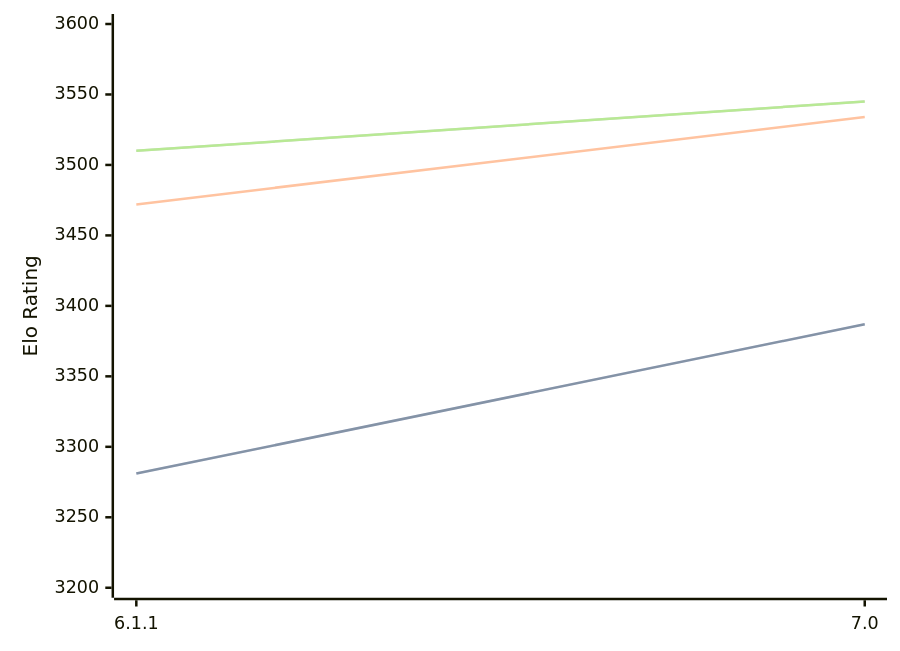
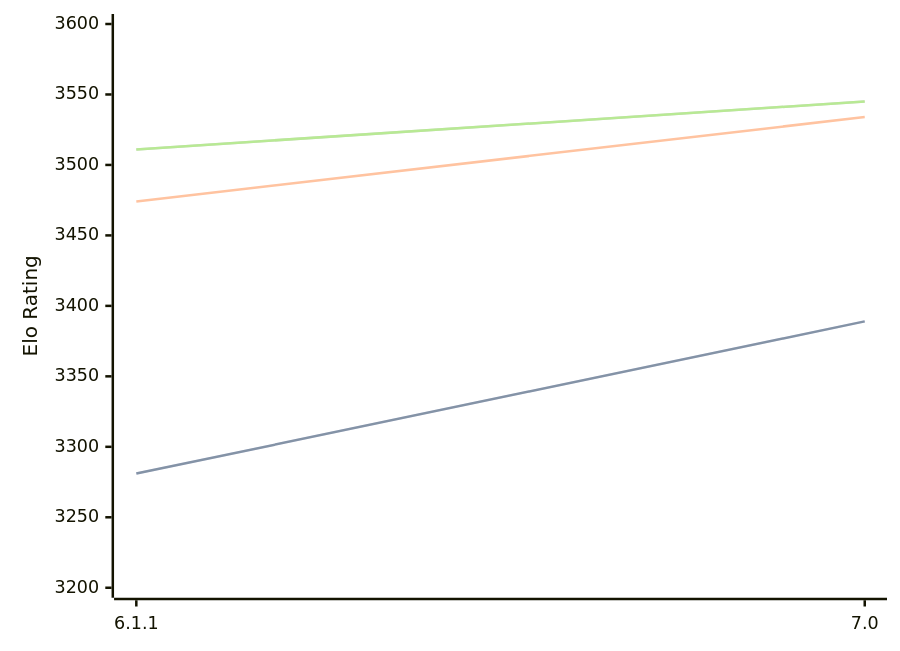
The diagram in engines/Astra.md (computer-chess-index/cci), drawn with Mermaid before and after one commit. The commit also changed other lines of this file, not shown here.

Commit message:
Update CCI Ratings (ELO VLTC) - 2026-08-25

````diff
--- a/engines/Astra.md
+++ b/engines/Astra.md
@@ -32,11 +32,11 @@
 ```mermaid
 %%{init: {"theme":"base","themeVariables":{"seriesColors:['#a3a3a3','#222221','#faa371']}}}%%
 xychart-beta
   x-axis ["6.1.1", "7.0"]
   y-axis "Elo Rating" 3200 --> 3600
-  line "STC (8.0+0.08s)" [3281, 3387]
-  line "STC (8.0+0.08s)" [3281, 3387]
-  line "LTC (60.0+0.60s)" [3472, 3534]
-  line "VLTC (2m24s+1.12s)" [3510, 3545]
-  line "VLTC (2m24s+1.12s)" [3510, 3545]
+  line "STC (8.0+0.08s)" [3281, 3389]
+  line "STC (8.0+0.08s)" [3281, 3389]
+  line "LTC (60.0+0.60s)" [3474, 3534]
+  line "VLTC (2m24s+1.12s)" [3511, 3545]
+  line "VLTC (2m24s+1.12s)" [3511, 3545]
 ```
````
